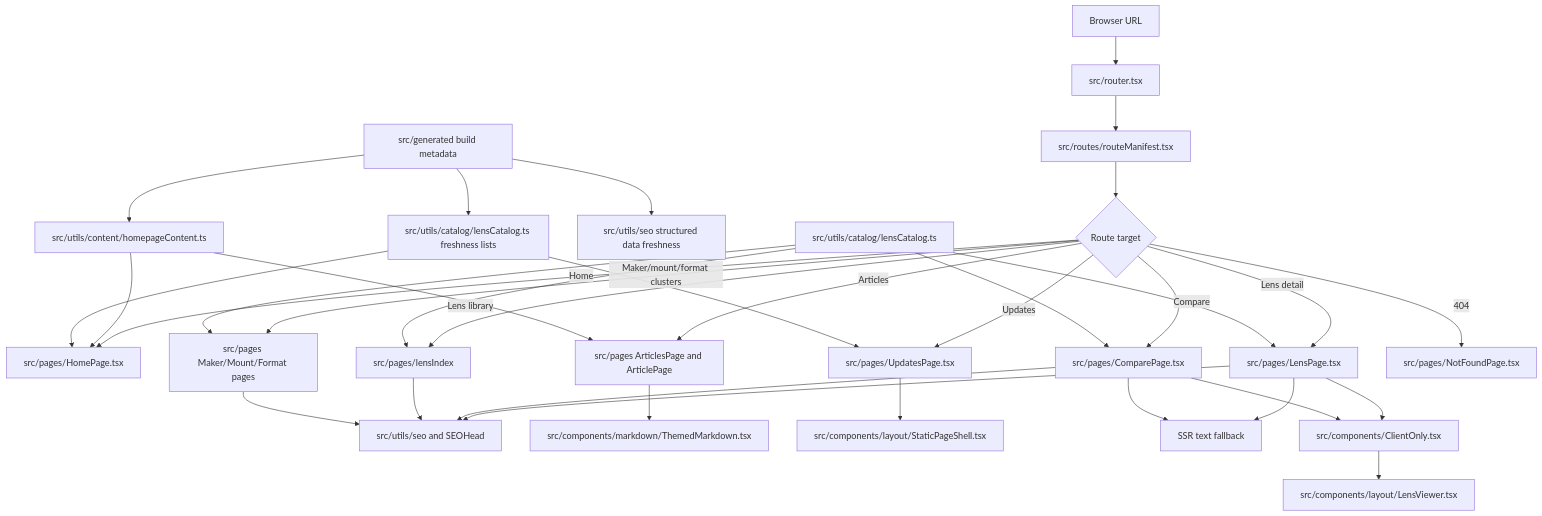
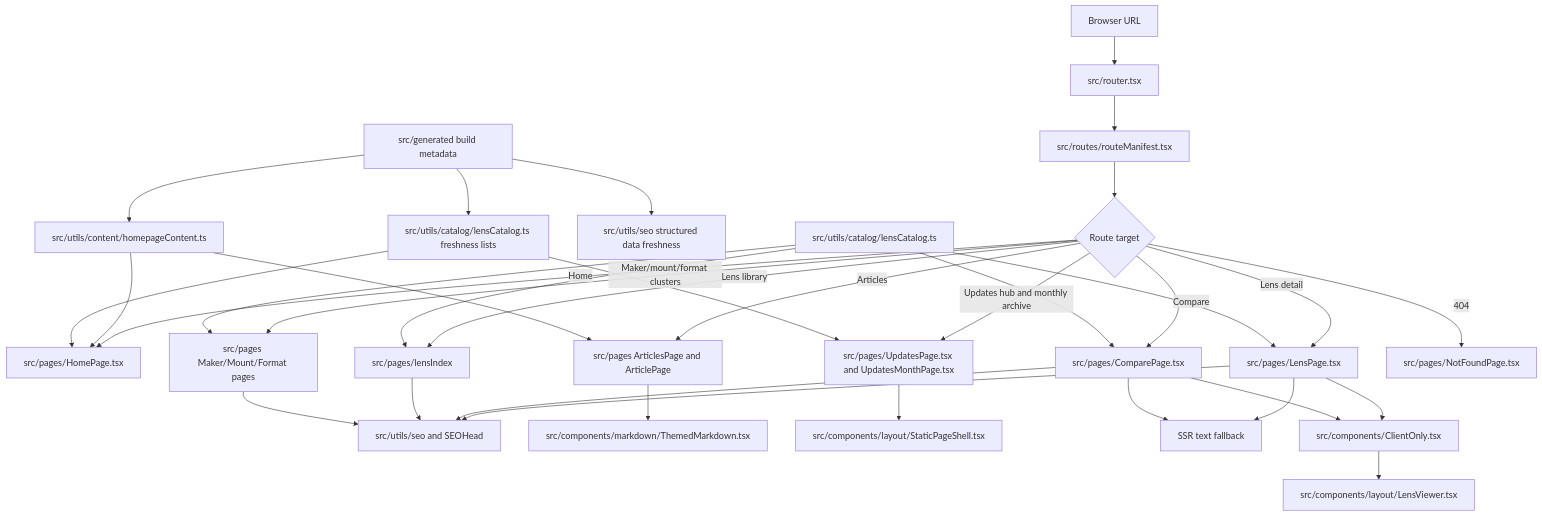
The first of 3 diagrams in agent_docs/architecture/program-flow.md (ronbuening/LensVisualizer), drawn with Mermaid before and after one commit. The commit also changed 35 other files, not shown here.

````diff
--- a/agent_docs/architecture/program-flow.md
+++ b/agent_docs/architecture/program-flow.md
@@ -12,40 +12,40 @@
 ```mermaid
 flowchart TD
   Browser[Browser URL] --> Router[src/router.tsx]
   Router --> Manifest[src/routes/routeManifest.tsx]
   Manifest --> Target{Route target}
 
   Target -->|Home| HomePage[src/pages/HomePage.tsx]
   Target -->|Lens detail| LensPage[src/pages/LensPage.tsx]
   Target -->|Compare| ComparePage[src/pages/ComparePage.tsx]
   Target -->|Lens library| IndexPage[src/pages/lensIndex]
   Target -->|Maker/mount/format clusters| ClusterPages[src/pages Maker/Mount/Format pages]
   Target -->|Articles| ArticleRoutes[src/pages ArticlesPage and ArticlePage]
-  Target -->|Updates| UpdatesPage[src/pages/UpdatesPage.tsx]
+  Target -->|Updates hub and monthly archive| UpdatesPage[src/pages/UpdatesPage.tsx and UpdatesMonthPage.tsx]
   Target -->|404| NotFound[src/pages/NotFoundPage.tsx]
 
   Generated[src/generated build metadata] --> ContentRegistry[src/utils/content/homepageContent.ts]
   Generated --> Freshness[src/utils/seo structured data freshness]
   Generated --> RecentLensData[src/utils/catalog/lensCatalog.ts freshness lists]
   Catalog[src/utils/catalog/lensCatalog.ts] --> LensPage
   Catalog --> ComparePage
   Catalog --> IndexPage
   Catalog --> ClusterPages
   ContentRegistry --> HomePage
   ContentRegistry --> ArticleRoutes
   RecentLensData --> HomePage
   RecentLensData --> UpdatesPage
 
   LensPage --> SEO[src/utils/seo and SEOHead]
   ComparePage --> SEO
   IndexPage --> SEO
   ClusterPages --> SEO
   ArticleRoutes --> Markdown[src/components/markdown/ThemedMarkdown.tsx]
   UpdatesPage --> StaticShell[src/components/layout/StaticPageShell.tsx]
 
   LensPage --> Fallback[SSR text fallback]
   ComparePage --> Fallback
   LensPage --> ClientOnly[src/components/ClientOnly.tsx]
   ComparePage --> ClientOnly
   ClientOnly --> Viewer[src/components/layout/LensViewer.tsx]
 ```
````
